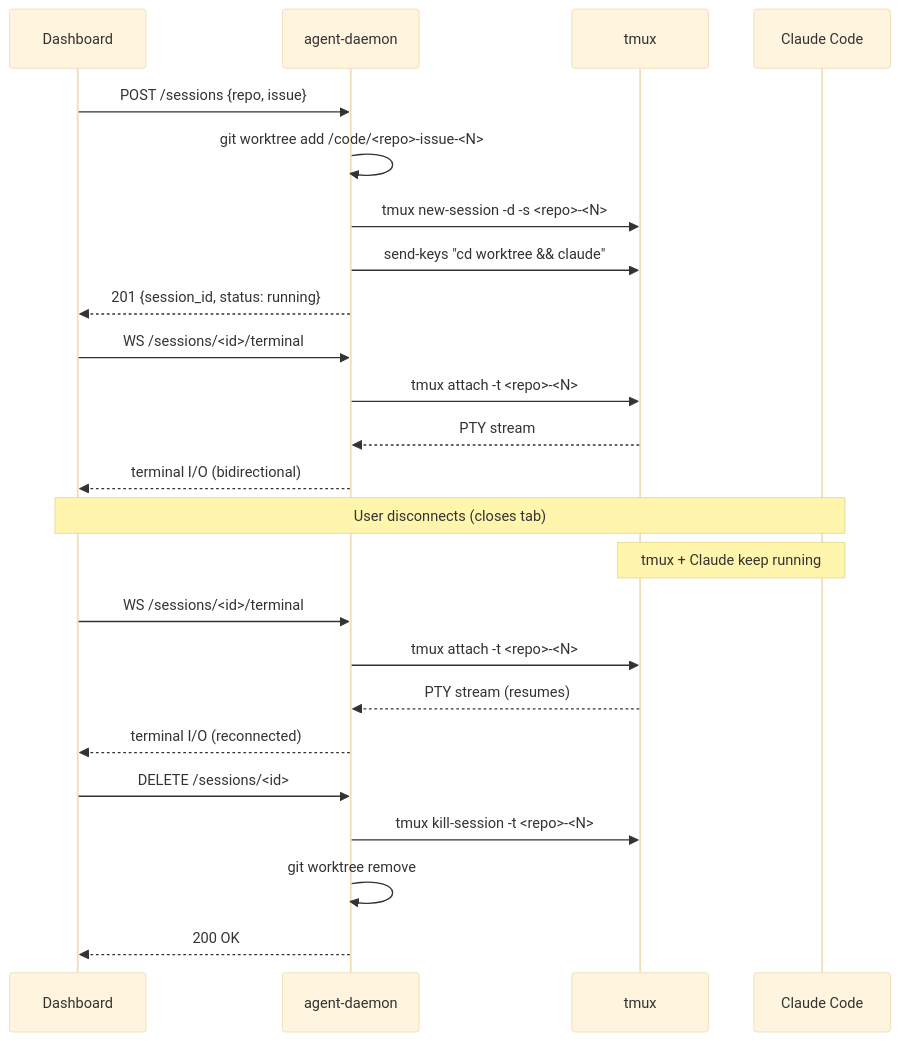
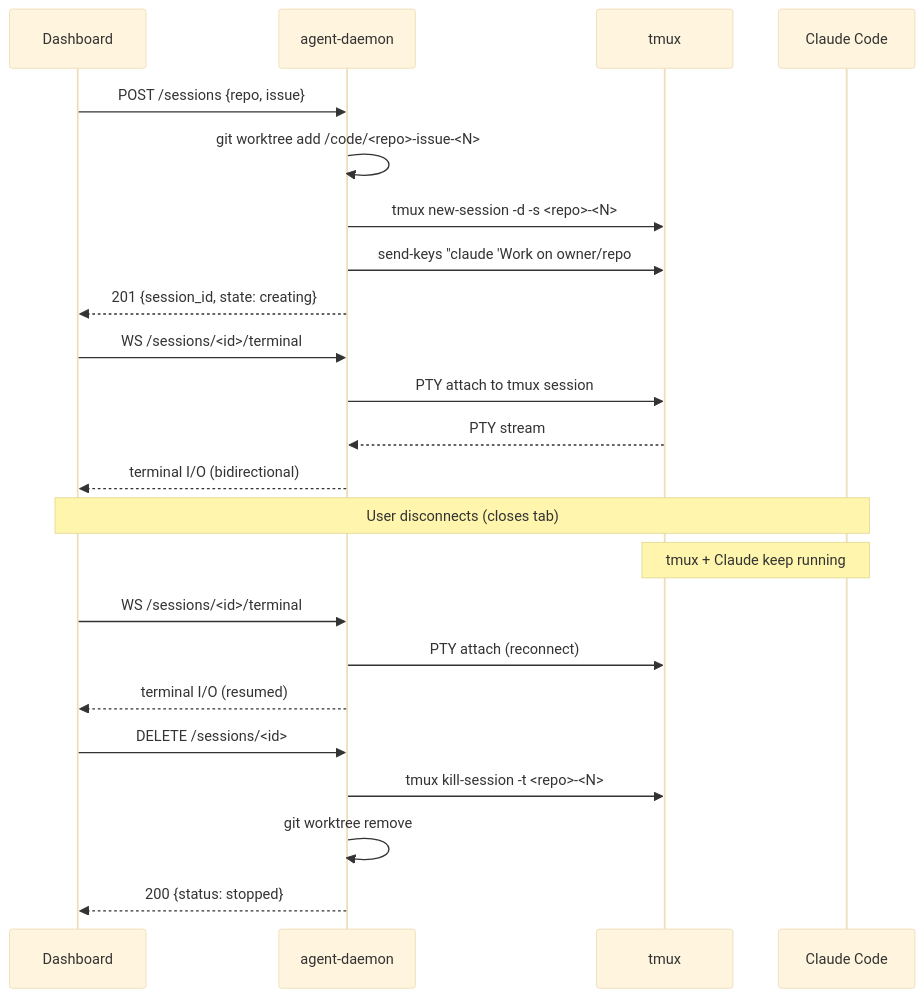
Before and after one commit to lambdasistemi/agent-daemon: the second of 6 diagrams in docs/design.md, drawn with Mermaid (base theme). The commit also changed other lines of this file, not shown here.

````diff
--- a/docs/design.md
+++ b/docs/design.md
@@ -28,31 +28,30 @@
 ```mermaid
 sequenceDiagram
     participant D as Dashboard
     participant A as agent-daemon
     participant T as tmux
     participant C as Claude Code
 
     D->>A: POST /sessions {repo, issue}
     A->>A: git worktree add /code/<repo>-issue-<N>
     A->>T: tmux new-session -d -s <repo>-<N>
-    A->>T: send-keys "cd worktree && claude"
-    A-->>D: 201 {session_id, status: running}
+    A->>T: send-keys "claude 'Work on owner/repo#N...'"
+    A-->>D: 201 {session_id, state: creating}
 
     D->>A: WS /sessions/<id>/terminal
-    A->>T: tmux attach -t <repo>-<N>
+    A->>T: PTY attach to tmux session
     T-->>A: PTY stream
     A-->>D: terminal I/O (bidirectional)
 
     Note over D,C: User disconnects (closes tab)
     Note over T,C: tmux + Claude keep running
 
     D->>A: WS /sessions/<id>/terminal
-    A->>T: tmux attach -t <repo>-<N>
-    T-->>A: PTY stream (resumes)
-    A-->>D: terminal I/O (reconnected)
+    A->>T: PTY attach (reconnect)
+    A-->>D: terminal I/O (resumed)
 
     D->>A: DELETE /sessions/<id>
     A->>T: tmux kill-session -t <repo>-<N>
     A->>A: git worktree remove
-    A-->>D: 200 OK
+    A-->>D: 200 {status: stopped}
 ```
````
